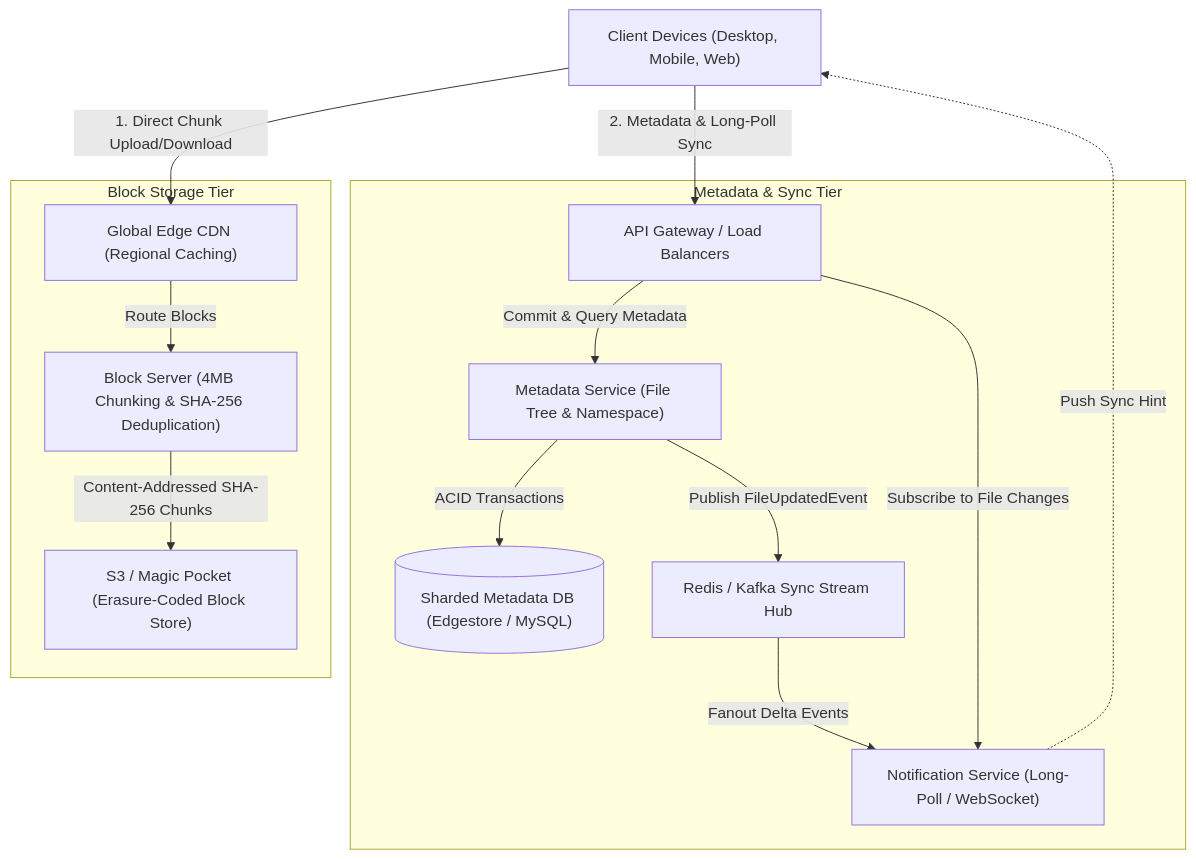
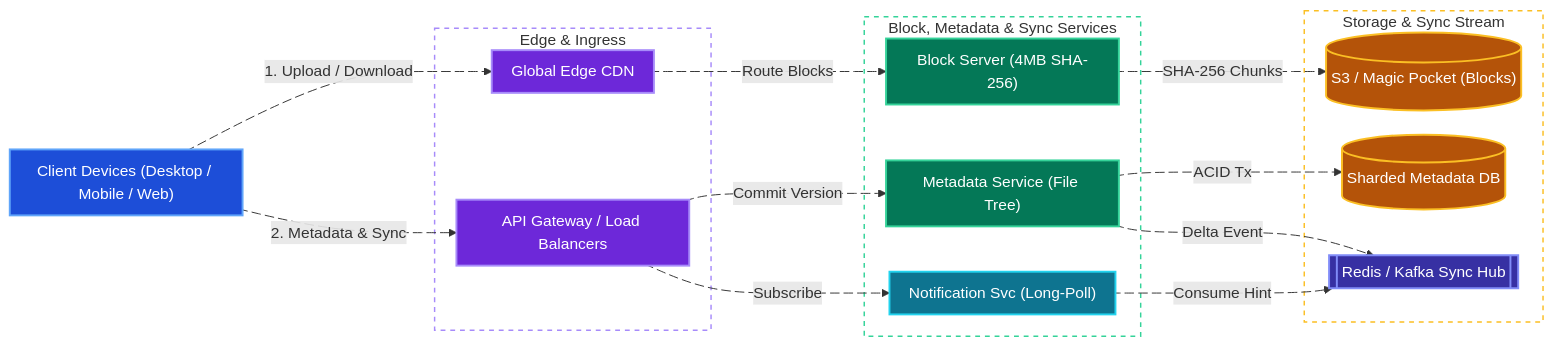
Before and after one commit to tarunbatta/tech-interview-prep: the first of 4 diagrams in system-design/dropbox.md, drawn with Mermaid. The commit also changed other lines of this file and 30 other files, not shown here.

First line of the commit message:
docs(system-design): convert Mermaid flowcharts to LR with colors and animated edges

````diff
--- a/system-design/dropbox.md
+++ b/system-design/dropbox.md
@@ -74,26 +74,56 @@
 ```mermaid
-flowchart TD
-    Client["Client Devices (Desktop, Mobile, Web)"]
-    subgraph BlockTier["Block Storage Tier"]
-        CDN["Global Edge CDN (Regional Caching)"]
-        BlockSvc["Block Server (4MB Chunking & SHA-256 Deduplication)"]
-        S3["S3 / Magic Pocket (Erasure-Coded Block Store)"]
+%%{init: {'flowchart': {'nodeSpacing': 25, 'rankSpacing': 45, 'padding': 10}}}%%
+flowchart LR
+    Client["Client Devices (Desktop / Mobile / Web)"]
+    subgraph EdgeTier["Edge & Ingress"]
+        CDN["Global Edge CDN"]
+        GW["API Gateway / Load Balancers"]
     end
-    subgraph MetaTier["Metadata & Sync Tier"]
-        GW["API Gateway / Load Balancers"]
-        MetaSvc["Metadata Service (File Tree & Namespace)"]
-        NotifSvc["Notification Service (Long-Poll / WebSocket)"]
-        MetaDB[("Sharded Metadata DB (Edgestore / MySQL)")]
-        SyncStream["Redis / Kafka Sync Stream Hub"]
+    subgraph AppServices["Block, Metadata & Sync Services"]
+        BlockSvc["Block Server (4MB SHA-256)"]
+        MetaSvc["Metadata Service (File Tree)"]
+        NotifSvc["Notification Svc (Long-Poll)"]
     end
-    Client -->|"1. Direct Chunk Upload/Download"| CDN
-    CDN -->|"Route Blocks"| BlockSvc
-    BlockSvc -->|"Content-Addressed SHA-256 Chunks"| S3
-    Client -->|"2. Metadata & Long-Poll Sync"| GW
-    GW -->|"Commit & Query Metadata"| MetaSvc
-    GW -->|"Subscribe to File Changes"| NotifSvc
-    MetaSvc -->|"ACID Transactions"| MetaDB
-    MetaSvc -->|"Publish FileUpdatedEvent"| SyncStream
-    SyncStream -->|"Fanout Delta Events"| NotifSvc
-    NotifSvc -.->|"Push Sync Hint"| Client
+    subgraph DataLayer["Storage & Sync Stream"]
+        S3[("S3 / Magic Pocket (Blocks)")]
+        MetaDB[("Sharded Metadata DB")]
+        SyncStream[["Redis / Kafka Sync Hub"]]
+    end
+    Client e1@-->|"1. Upload / Download"| CDN
+    CDN e2@-->|"Route Blocks"| BlockSvc
+    BlockSvc e3@-->|"SHA-256 Chunks"| S3
+    Client e4@-->|"2. Metadata & Sync"| GW
+    GW e5@-->|"Commit Version"| MetaSvc
+    GW e6@-->|"Subscribe"| NotifSvc
+    MetaSvc e7@-->|"ACID Tx"| MetaDB
+    MetaSvc e8@-->|"Delta Event"| SyncStream
+    NotifSvc e9@-->|"Consume Hint"| SyncStream
+
+    e1@{ animate: true }
+    e2@{ animate: true }
+    e3@{ animate: true }
+    e4@{ animate: true }
+    e5@{ animate: true }
+    e6@{ animate: true }
+    e7@{ animate: true }
+    e8@{ animate: true }
+    e9@{ animate: true }
+
+    classDef client fill:#1d4ed8,stroke:#60a5fa,stroke-width:2px,color:#ffffff
+    classDef edge fill:#6d28d9,stroke:#a78bfa,stroke-width:2px,color:#ffffff
+    classDef service fill:#047857,stroke:#34d399,stroke-width:2px,color:#ffffff
+    classDef worker fill:#0e7490,stroke:#22d3ee,stroke-width:2px,color:#ffffff
+    classDef storage fill:#b45309,stroke:#fbbf24,stroke-width:2px,color:#ffffff
+    classDef queue fill:#3730a3,stroke:#818cf8,stroke-width:2px,color:#ffffff
+
+    class Client client
+    class CDN,GW edge
+    class BlockSvc,MetaSvc service
+    class NotifSvc worker
+    class S3,MetaDB storage
+    class SyncStream queue
+
+    style EdgeTier fill:transparent,stroke:#a78bfa,stroke-width:1.5px,stroke-dasharray: 5 5
+    style AppServices fill:transparent,stroke:#34d399,stroke-width:1.5px,stroke-dasharray: 5 5
+    style DataLayer fill:transparent,stroke:#fbbf24,stroke-width:1.5px,stroke-dasharray: 5 5
 ```
````
